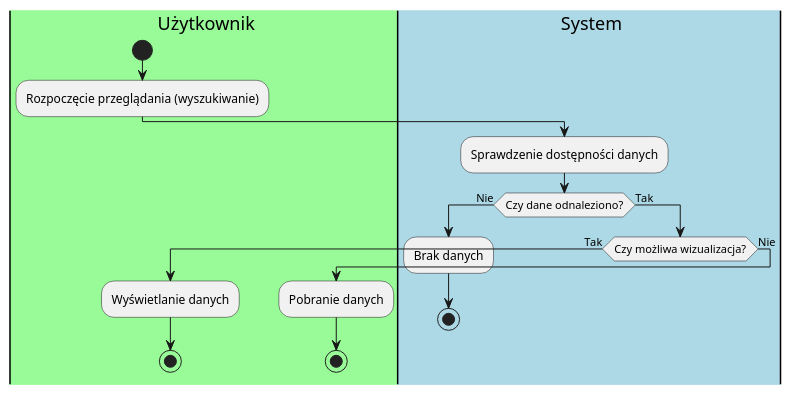
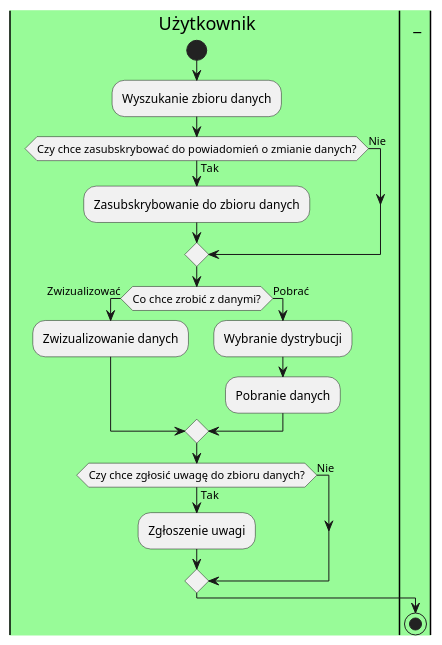
One commit to kokolodziejska/IWO changed the second of 10 diagrams in dokumentacja.md. Above: the diagram before and after it, drawn with PlantUML. The commit also changed other lines of this file, not shown here.

````diff
--- a/dokumentacja.md
+++ b/dokumentacja.md
@@ -110,26 +126,27 @@
 ```puml
 @startuml
-
 |#palegreen|U| Użytkownik
 start
-:Rozpoczęcie przeglądania (wyszukiwanie);
+:Wyszukanie zbioru danych;
 
-|#lightblue|S| System
-:Sprawdzenie dostępności danych;
-if (Czy dane odnaleziono?) then (Nie)
-  :Brak danych;
-  stop
-else (Tak)
-  if (Czy możliwa wizualizacja?) then (Tak)
-    |U|
-    :Wyświetlanie danych;
-    stop
-  else (Nie)
-    |U|
-    :Pobranie danych;
-    stop
-  endif
+if (Czy chce zasubskrybować do powiadomień o zmianie danych?) then (Tak)
+  :Zasubskrybowanie do zbioru danych;
+else (Nie)
 endif
 
+if (Co chce zrobić z danymi?) then (Zwizualizować)
+  :Zwizualizowanie danych;
+else (Pobrać)
+  :Wybranie dystrybucji;
+  :Pobranie danych;
+endif
+
+if (Czy chce zgłosić uwagę do zbioru danych?) then (Tak)
+  :Zgłoszenie uwagi;
+else (Nie)
+endif
+
+|#palegreen|Temp| _
+stop
 @enduml
 ```
````
